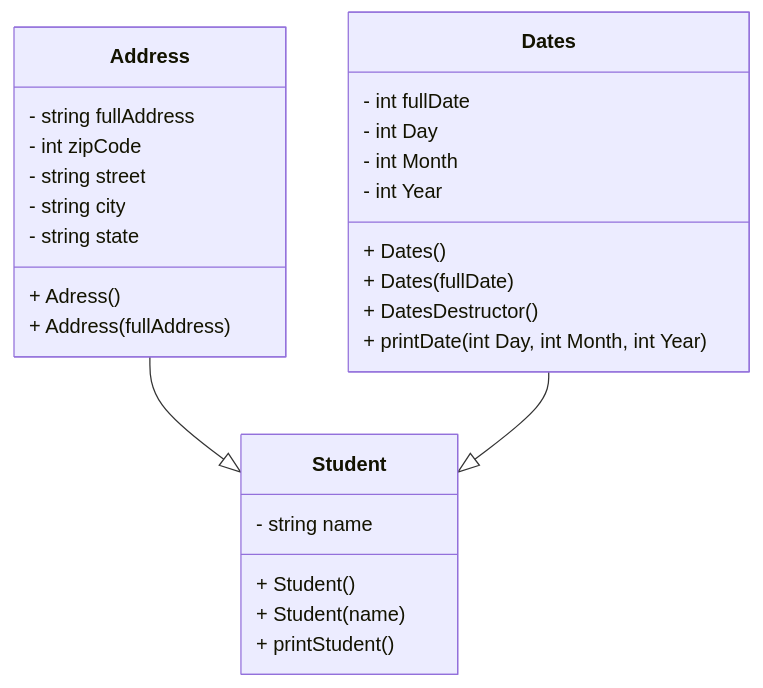
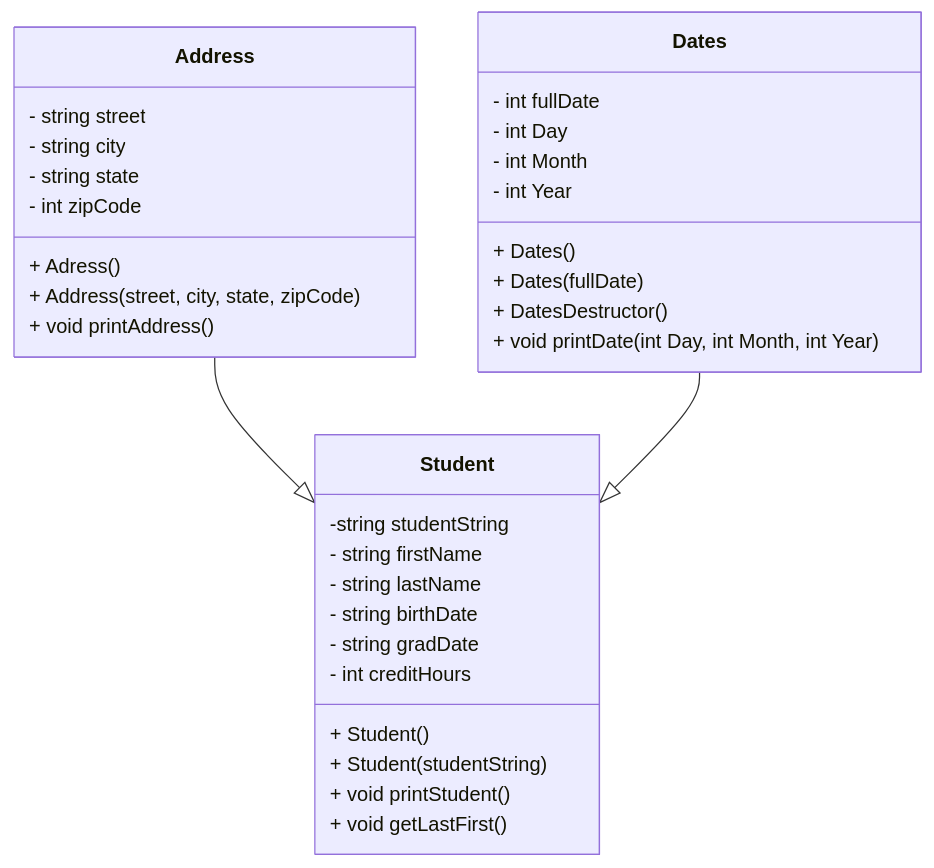
One commit to janblocker2003/HeapOfStudentsP1 changed the diagram in README.md. Above: the diagram before and after it, drawn with Mermaid.

````diff
--- a/README.md
+++ b/README.md
@@ -5,36 +5,40 @@
 ```mermaid
 classDiagram
 direction TB
-    class Student {
-        - string name
-        + Student()
-        + Student(name)
-        + printStudent()
-    }
-
     class Address {
-        - string fullAddress
-        - int zipCode
-        - string street
-        - string city
-        - string state
+	    - string street
+	    - string city
+	    - string state
+	    - int zipCode
         + Adress()
-        + Address(fullAddress)
+	    + Address(street, city, state, zipCode)
+	    + void printAddress()
     }
 
     class Dates {
-        - int fullDate
-        - int Day
-        - int Month 
-        - int Year
-        + Dates()
-        + Dates(fullDate)
-        + DatesDestructor()
-        + printDate(int Day, int Month, int Year)
-        
-        
+	    - int fullDate
+	    - int Day
+	    - int Month
+	    - int Year
+	    + Dates()
+	    + Dates(fullDate)
+	    + DatesDestructor()
+	    + void printDate(int Day, int Month, int Year)
+    }
+
+    class Student {
+	    -string studentString
+	    - string firstName
+	    - string lastName
+        - string birthDate
+        - string gradDate
+        - int creditHours
+	    + Student()
+	    + Student(studentString)
+	    + void printStudent()
+	    + void getLastFirst()
     }
 
     Address --|> Student
     Dates --|> Student
 ```
````
